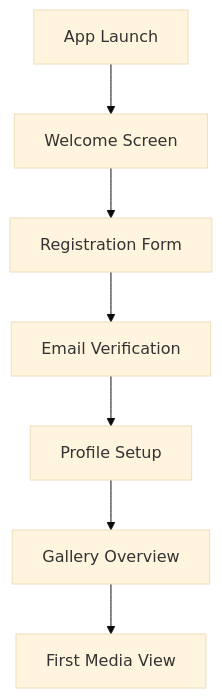
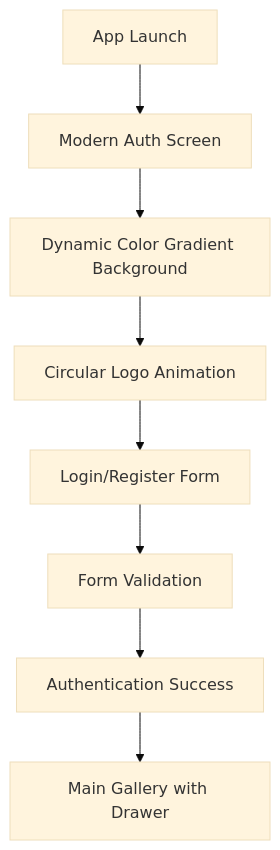
Before and after one commit to fooljohnny/zviewer: the second of 4 diagrams in docs/front-end-spec.md, drawn with Mermaid (base theme). The commit also changed other lines of this file and 12 other files, not shown here.

````diff
--- a/docs/front-end-spec.md
+++ b/docs/front-end-spec.md
@@ -78,9 +81,10 @@
 ```mermaid
 graph TD
-    A[App Launch] --> B[Welcome Screen]
-    B --> C[Registration Form]
-    C --> D[Email Verification]
-    D --> E[Profile Setup]
-    E --> F[Gallery Overview]
-    F --> G[First Media View]
+    A[App Launch] --> B[Modern Auth Screen]
+    B --> C[Dynamic Color Gradient Background]
+    C --> D[Circular Logo Animation]
+    D --> E[Login/Register Form]
+    E --> F[Form Validation]
+    F --> G[Authentication Success]
+    G --> H[Main Gallery with Drawer]
 ```
````
